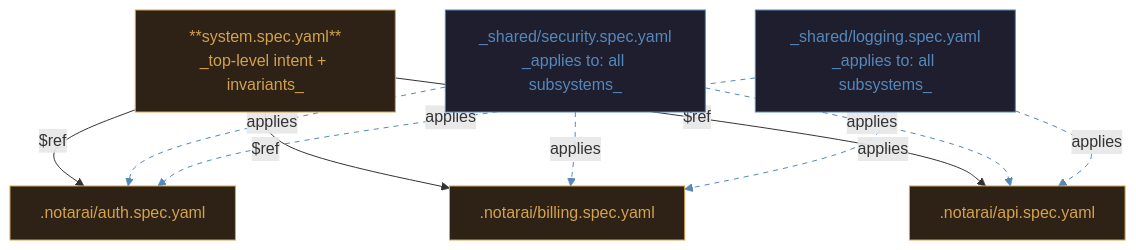
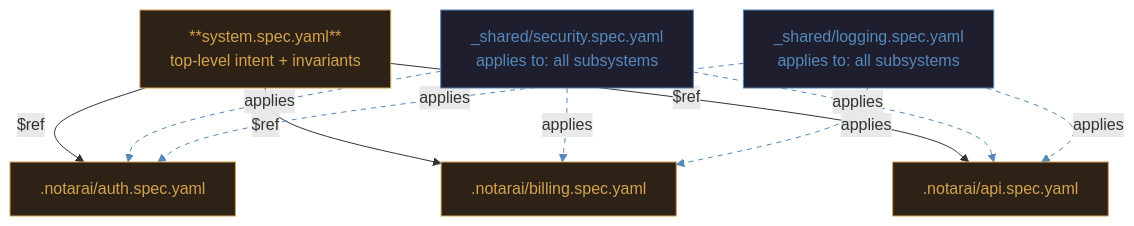
Before and after one commit to davidroeca/NotarAI: diagram 11 of 13 in docs/motivation-system-diagrams.md, drawn with Mermaid. The commit also changed other lines of this file, not shown here.

````diff
--- a/docs/motivation-system-diagrams.md
+++ b/docs/motivation-system-diagrams.md
@@ -301,36 +301,36 @@
 ```mermaid
 flowchart TD
-    System["**system.spec.yaml**<br/>_top-level intent + invariants_"]
+    System["**system.spec.yaml**<br/>top-level intent + invariants"]
 
     Auth[".notarai/auth.spec.yaml"]
     Billing[".notarai/billing.spec.yaml"]
     API[".notarai/api.spec.yaml"]
 
-    Security["_shared/security.spec.yaml<br/>_applies to: all subsystems_"]
-    Logging["_shared/logging.spec.yaml<br/>_applies to: all subsystems_"]
+    Security["_shared/security.spec.yaml<br/>applies to: all subsystems"]
+    Logging["_shared/logging.spec.yaml<br/>applies to: all subsystems"]
 
     System -->|"$ref"| Auth
     System -->|"$ref"| Billing
     System -->|"$ref"| API
 
     Security -.->|applies| Auth
     Security -.->|applies| Billing
     Security -.->|applies| API
     Logging -.->|applies| Auth
     Logging -.->|applies| Billing
     Logging -.->|applies| API
 
     style System fill:#2d2215,stroke:#d4a24e,color:#d4a24e
     style Auth fill:#2d2215,stroke:#d4a24e,color:#d4a24e
     style Billing fill:#2d2215,stroke:#d4a24e,color:#d4a24e
     style API fill:#2d2215,stroke:#d4a24e,color:#d4a24e
     style Security fill:#1e1e2e,stroke:#5588bb,color:#5588bb
     style Logging fill:#1e1e2e,stroke:#5588bb,color:#5588bb
 
     linkStyle 3 stroke:#5588bb,stroke-dasharray:5 5
     linkStyle 4 stroke:#5588bb,stroke-dasharray:5 5
     linkStyle 5 stroke:#5588bb,stroke-dasharray:5 5
     linkStyle 6 stroke:#5588bb,stroke-dasharray:5 5
     linkStyle 7 stroke:#5588bb,stroke-dasharray:5 5
     linkStyle 8 stroke:#5588bb,stroke-dasharray:5 5
 ```
````
